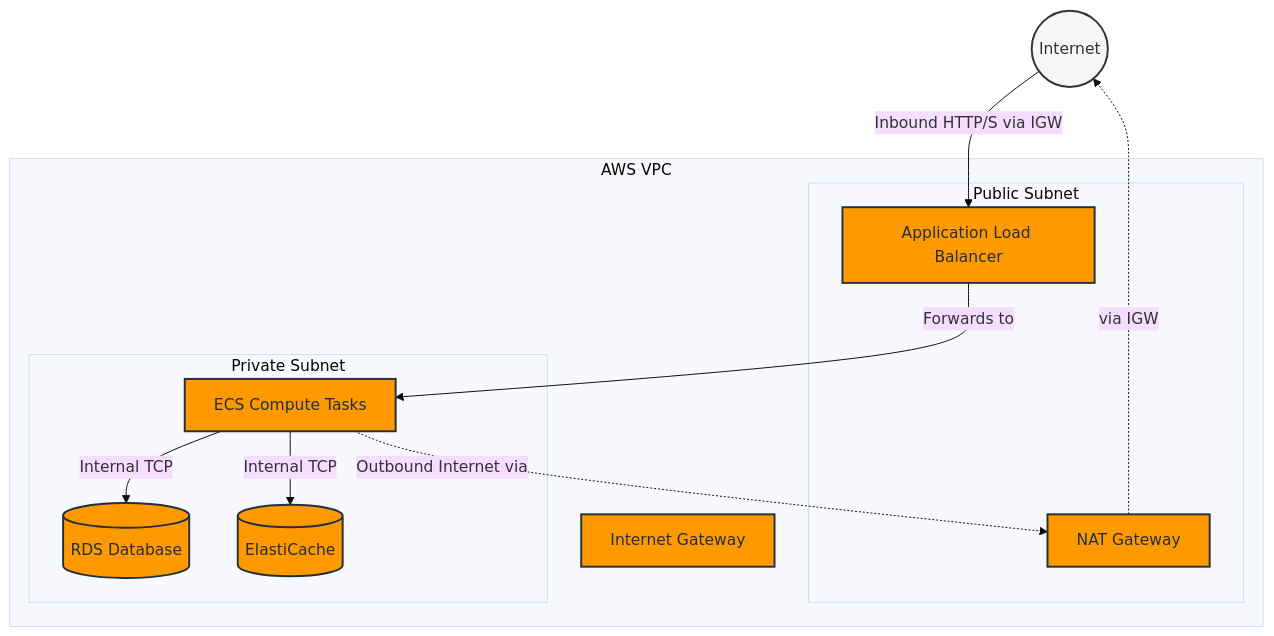
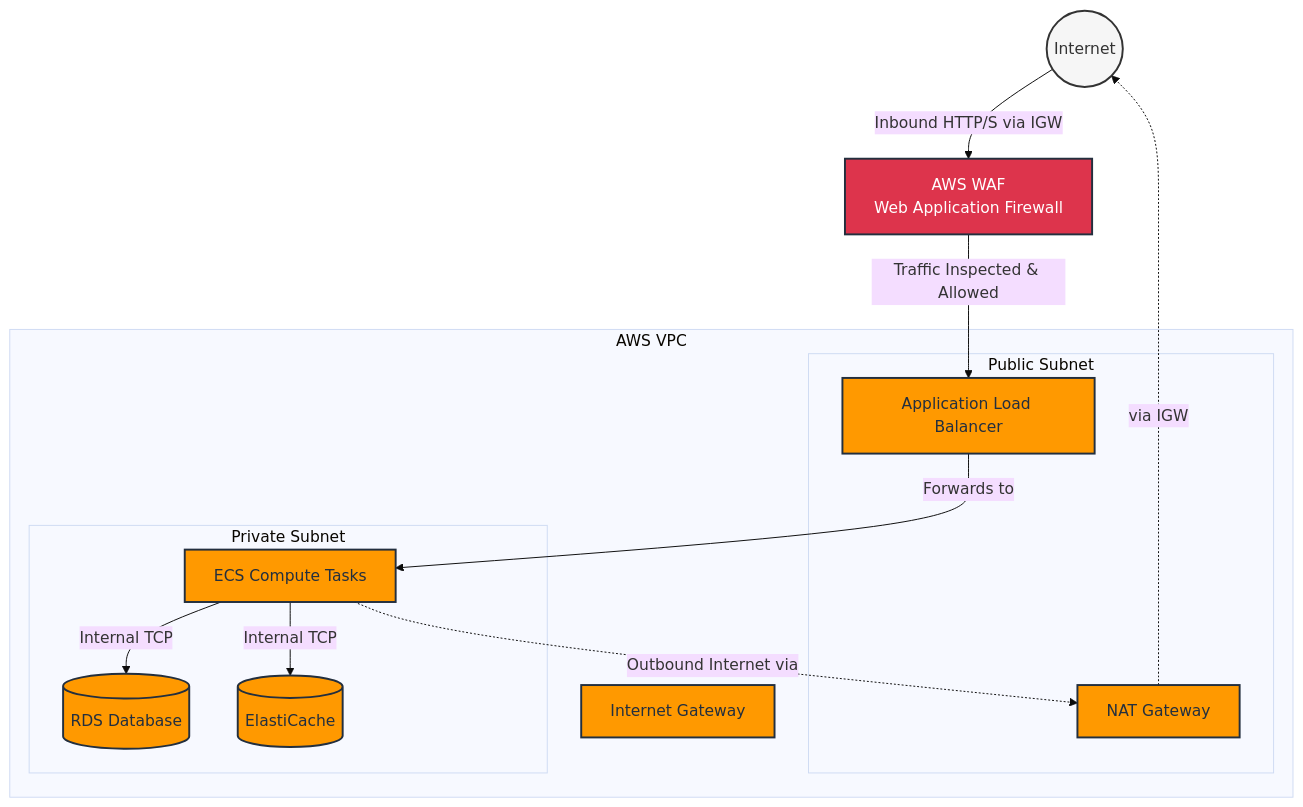
Before and after one commit to dbl-works/terraform: the fourth of 6 diagrams in aws/architecture.md, drawn with Mermaid (base theme). The commit also changed other lines of this file, not shown here.

````diff
--- a/aws/architecture.md
+++ b/aws/architecture.md
@@ -139,33 +139,37 @@
 ```mermaid
 graph TD
     classDef aws fill:#FF9900,stroke:#232F3E,stroke-width:2px,color:#232F3E;
     classDef external fill:#f6f6f6,stroke:#333,stroke-width:2px;
+    classDef security fill:#DD344C,stroke:#232F3E,stroke-width:2px,color:#fff;
 
     Internet((Internet)):::external
     
+    WAF[AWS WAF <br/> Web Application Firewall]:::security
+
     subgraph VPC [AWS VPC]
         IGW[Internet Gateway]:::aws
         
         subgraph PublicSubnet [Public Subnet]
             ALB[Application Load Balancer]:::aws
             NAT[NAT Gateway]:::aws
         end
         
         subgraph PrivateSubnet [Private Subnet]
             ECS[ECS Compute Tasks]:::aws
             RDS[(RDS Database)]:::aws
             Redis[(ElastiCache)]:::aws
         end
     end
 
-    %% Routing
-    Internet -- "Inbound HTTP/S via IGW" --> ALB
+    %% Security & Routing
+    Internet -- "Inbound HTTP/S via IGW" --> WAF
+    WAF -- "Traffic Inspected & Allowed" --> ALB
     ALB -- "Forwards to" --> ECS
     
     ECS -. "Outbound Internet via" .-> NAT
     NAT -. "via IGW" .-> Internet
     
     %% Internal Connections
     ECS -- "Internal TCP" --> RDS
     ECS -- "Internal TCP" --> Redis
 ```
````
